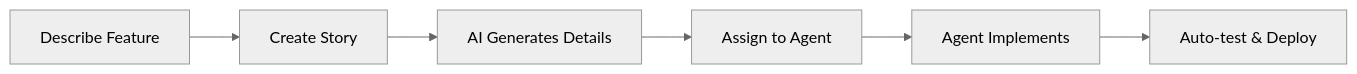
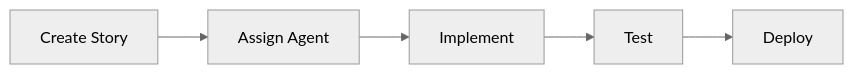
One commit to xloxn69/AgileFlow changed the first of 2 diagrams in apps/docs/content/docs/index.mdx. Above: the diagram before and after it, drawn with Mermaid (neutral theme). The commit also changed other lines of this file and 14 other files, not shown here.

````diff
--- a/apps/docs/content/docs/index.mdx
+++ b/apps/docs/content/docs/index.mdx
@@ -86,8 +330,7 @@
 ```mermaid
 graph LR
-    A[Describe Feature] --> B[Create Story]
-    B --> C[AI Generates Details]
-    C --> D[Assign to Agent]
-    D --> E[Agent Implements]
-    E --> F[Auto-test & Deploy]
+    A[Create Story] --> B[Assign Agent]
+    B --> C[Implement]
+    C --> D[Test]
+    D --> E[Deploy]
 ```
````
